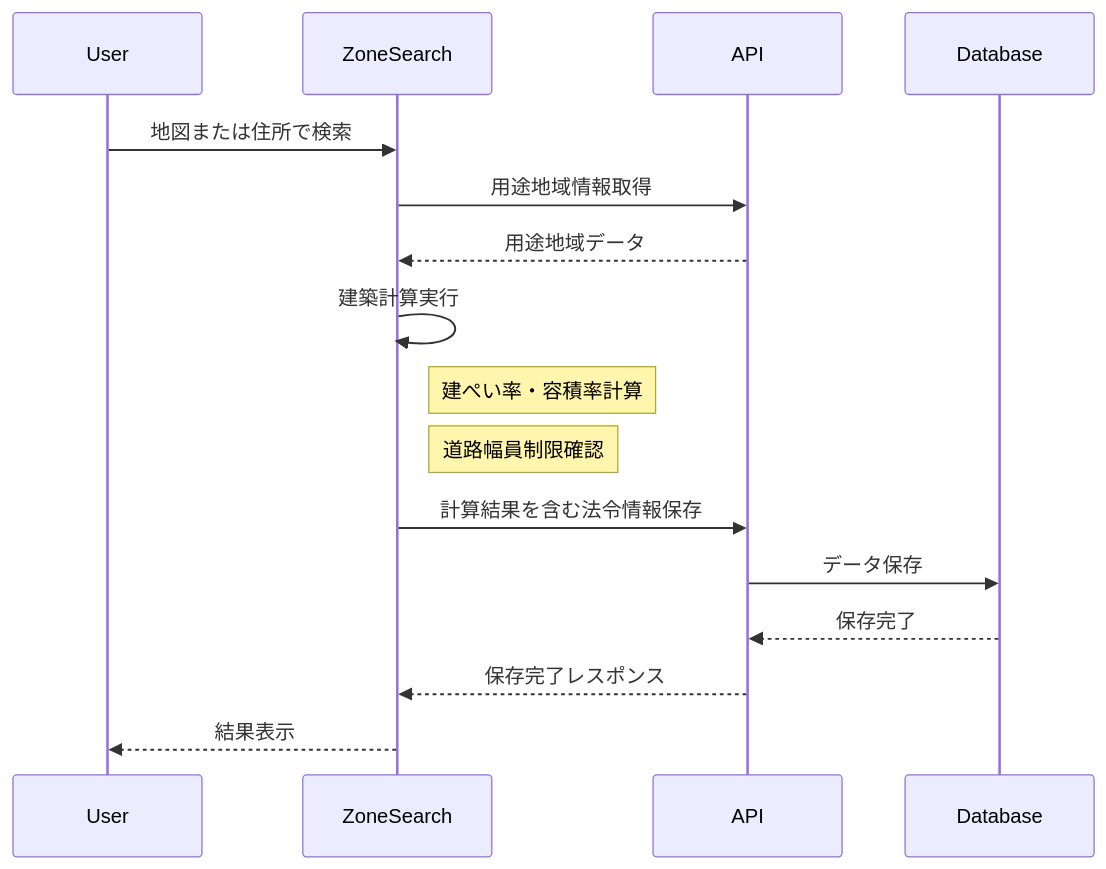
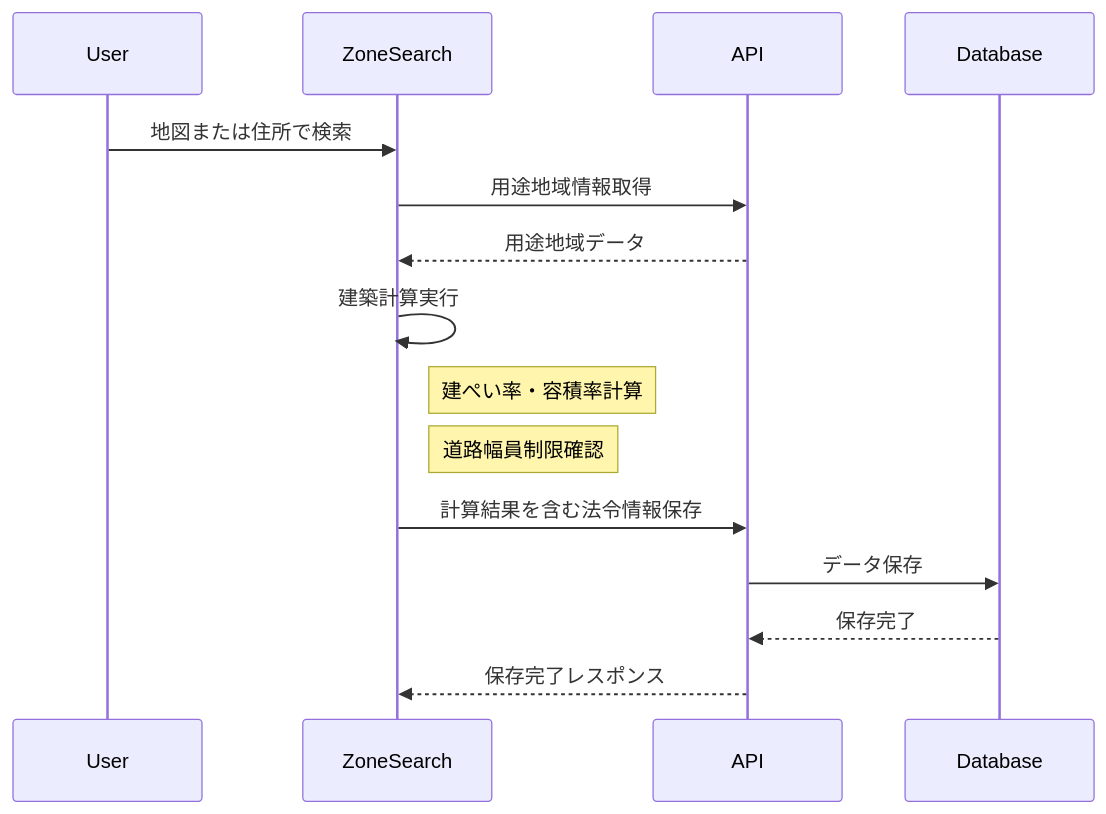
One commit to kamekamek/legal_api changed diagram 14 of 15 in docs/development-schema.md. Above: the diagram before and after it, drawn with Mermaid. The commit also changed other lines of this file and 4 other files, not shown here.

First line of the commit message:
docs: Update development schema with refined component and workflow diagrams

````diff
--- a/docs/development-schema.md
+++ b/docs/development-schema.md
@@ -616,21 +598,20 @@
 ```mermaid
 sequenceDiagram
     participant U as User
     participant Z as ZoneSearch
     participant A as API
     participant D as Database
 
     U->>Z: 地図または住所で検索
     Z->>A: 用途地域情報取得
     A-->>Z: 用途地域データ
     
     Z->>Z: 建築計算実行
     Note right of Z: 建ぺい率・容積率計算
     Note right of Z: 道路幅員制限確認
     
     Z->>A: 計算結果を含む法令情報保存
     A->>D: データ保存
     D-->>A: 保存完了
     A-->>Z: 保存完了レスポンス
-    Z-->>U: 結果表示
 ```
````
